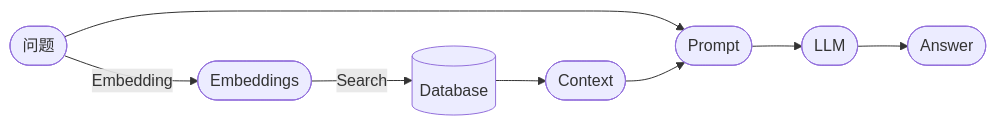
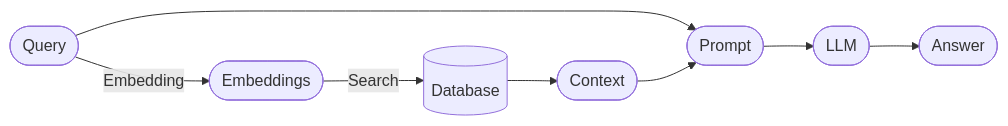
Before and after one commit to RapidAI/Knowledge-QA-LLM: the second of 2 diagrams in README.md, drawn with Mermaid. The commit also changed other lines of this file and 32 other files, not shown here.

````diff
--- a/README.md
+++ b/README.md
@@ -18,6 +26,6 @@
     ```mermaid
     flowchart LR
-    E([问题]) --Embedding--> F([Embeddings]) --Search--> H[(Database)] --> G([Context])
+    E([Query]) --Embedding--> F([Embeddings]) --Search--> H[(Database)] --> G([Context])
     E --> I([Prompt])
     G --> I --> J([LLM]) --> K([Answer])
     ```
````
